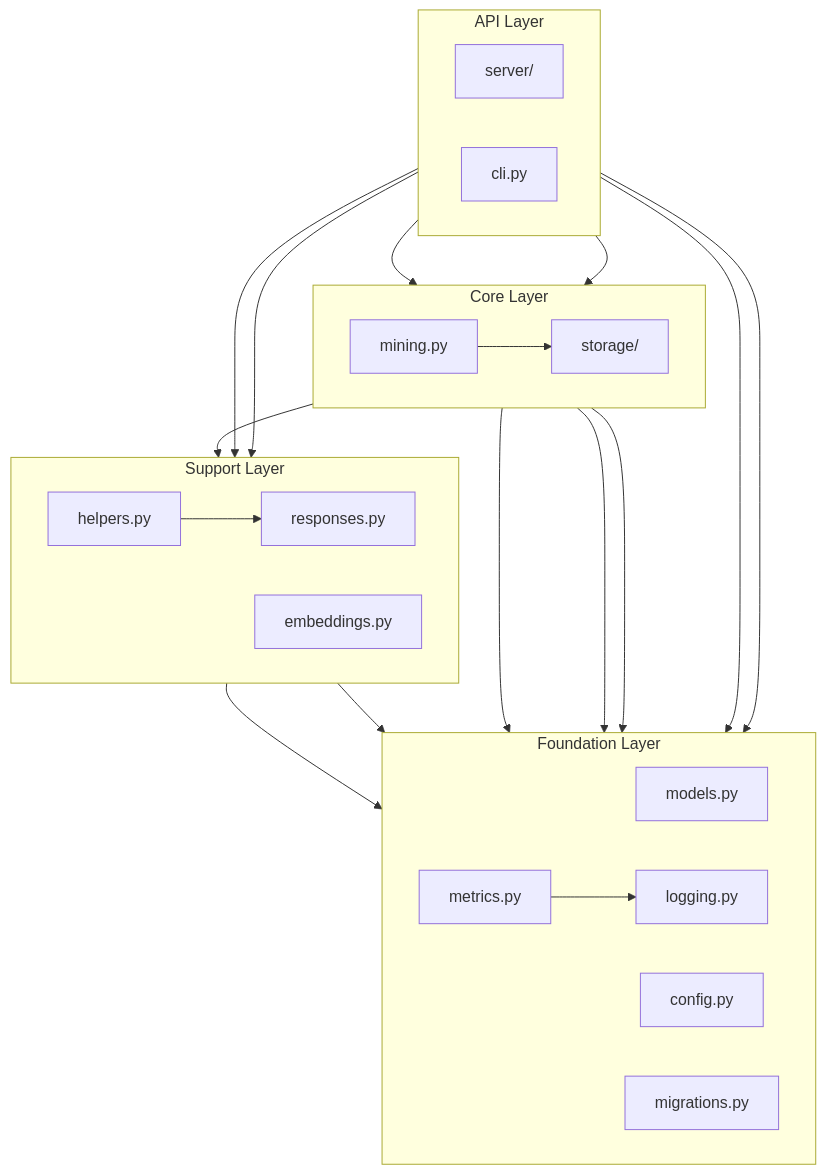
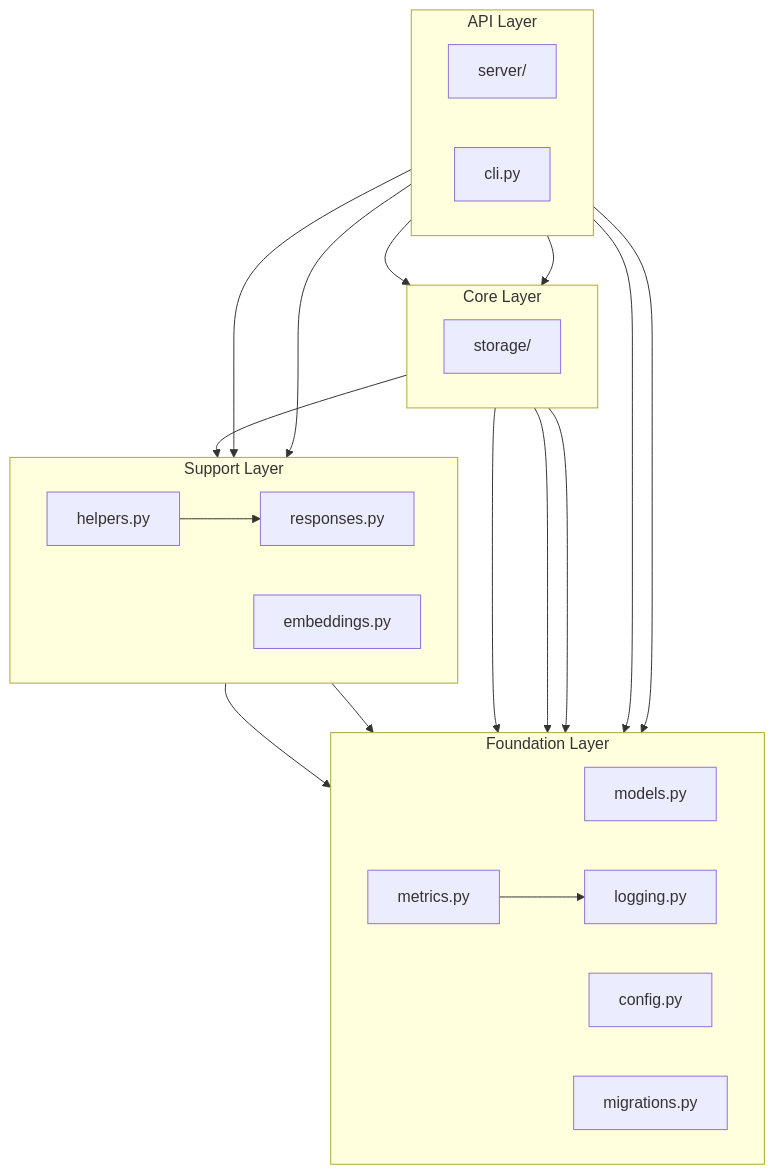
The second of 2 diagrams in ARCHITECTURE.md (michael-denyer/memory-mcp), drawn with Mermaid before and after one commit. The commit also changed other lines of this file and 56 other files, not shown here.

````diff
--- a/ARCHITECTURE.md
+++ b/ARCHITECTURE.md
@@ -169,38 +153,36 @@
 ```mermaid
 graph TB
     subgraph API["API Layer"]
         direction LR
         server[server/]
         cli[cli.py]
     end
 
     subgraph Core["Core Layer"]
         direction LR
         storage[storage/]
-        mining[mining.py]
     end
 
     subgraph Support["Support Layer"]
         direction LR
         helpers[helpers.py]
         responses[responses.py]
         embeddings[embeddings.py]
     end
 
     subgraph Foundation["Foundation Layer"]
         direction LR
         models[models.py]
         config[config.py]
         migrations[migrations.py]
         logging[logging.py]
         metrics[metrics.py]
     end
 
     server --> storage & helpers & responses & logging
     cli --> storage & config
     storage --> models & migrations & embeddings & config
-    mining --> storage
     helpers --> models & responses
     responses --> models
     metrics --> logging
 ```
````
